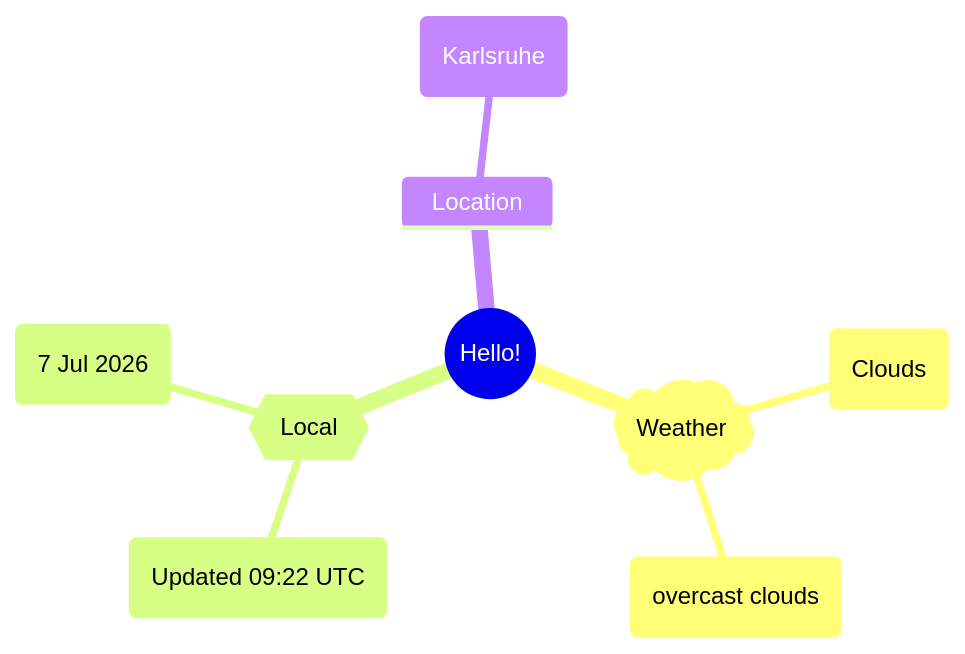
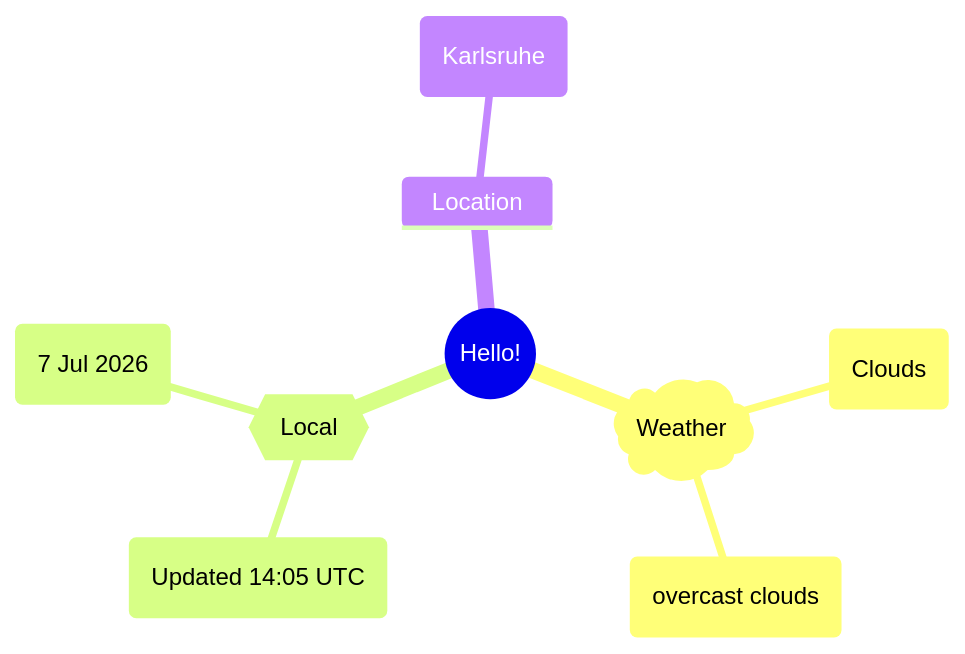
Before and after one commit to Xosrov/Xosrov: the first of 2 diagrams in README.md, drawn with Mermaid.

Commit message:
[bot] updated images

````diff
--- a/README.md
+++ b/README.md
@@ -3,12 +3,12 @@
 ```mermaid
 mindmap
   root((Hello!))
     )Weather(
         (Clouds)
         (overcast clouds)
     {{Local}}
-        (Updated 09:22 UTC)
+        (Updated 14:05 UTC)
         (7 Jul 2026)
     Location
         (Karlsruhe)
 ```
````
